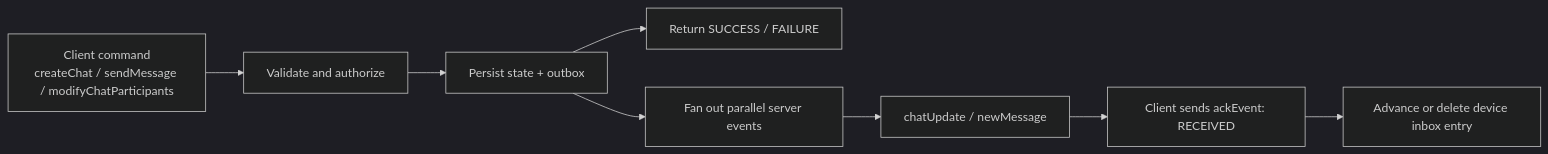
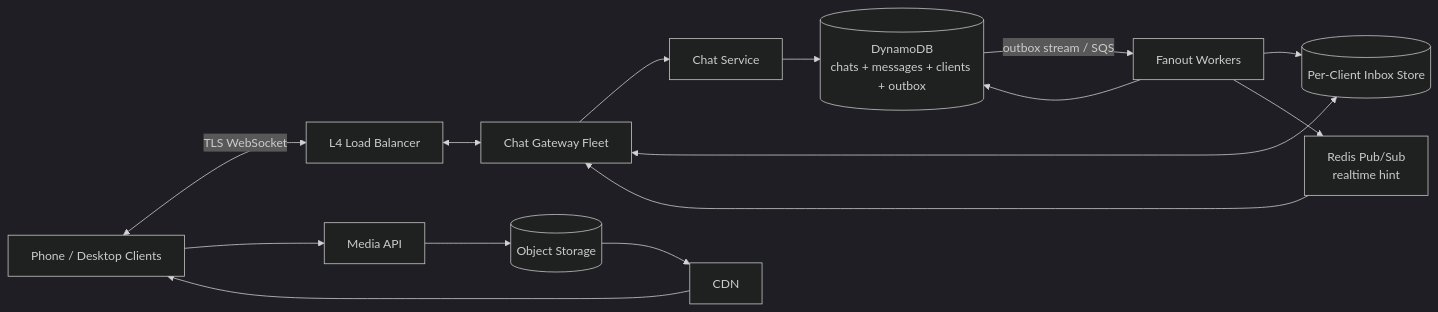
One commit to ying8020/SD changed the second of 6 diagrams in whatsapp_system_design.md. Above: the diagram before and after it, drawn with Mermaid (dark theme). The commit also changed other lines of this file, not shown here.

````diff
--- a/whatsapp_system_design.md
+++ b/whatsapp_system_design.md
@@ -469,10 +316,19 @@
 ```mermaid
 flowchart LR
-    C["Client command<br/>createChat / sendMessage / modifyChatParticipants"] --> V["Validate and authorize"]
-    V --> D["Persist state + outbox"]
-    D --> R["Return SUCCESS / FAILURE"]
-    D --> F["Fan out parallel server events"]
-    F --> E["chatUpdate / newMessage"]
-    E --> A["Client sends ackEvent: RECEIVED"]
-    A --> X["Advance or delete device inbox entry"]
+    C["Phone / Desktop Clients"] <-->|"TLS WebSocket"| LB["L4 Load Balancer"]
+    LB <--> G["Chat Gateway Fleet"]
+    G --> S["Chat Service"]
+
+    S --> DB[("DynamoDB<br/>chats + messages + clients + outbox")]
+    DB -->|"outbox stream / SQS"| F["Fanout Workers"]
+    F --> DB
+    F --> I[("Per-Client Inbox Store")]
+    F --> P["Redis Pub/Sub<br/>realtime hint"]
+    P --> G
+    G <--> I
+
+    C --> M["Media API"]
+    M --> O[("Object Storage")]
+    O --> CDN["CDN"]
+    CDN --> C
 ```
````
